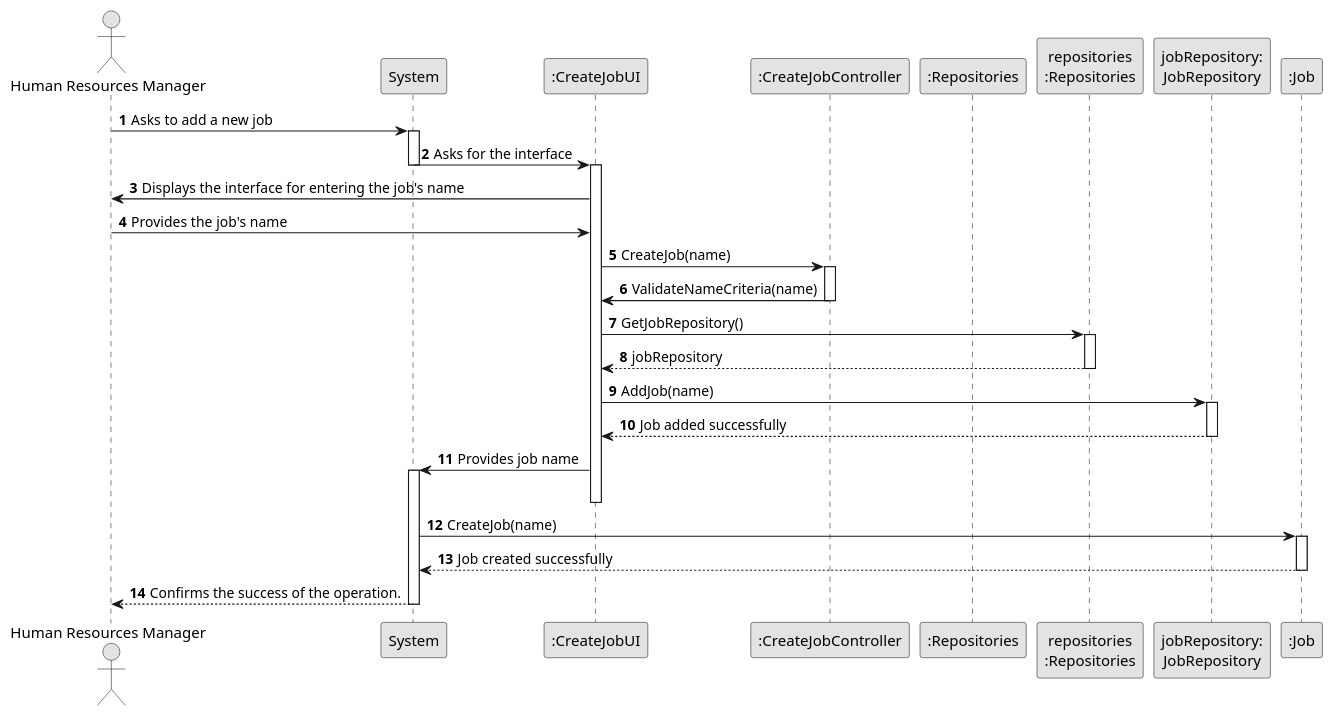
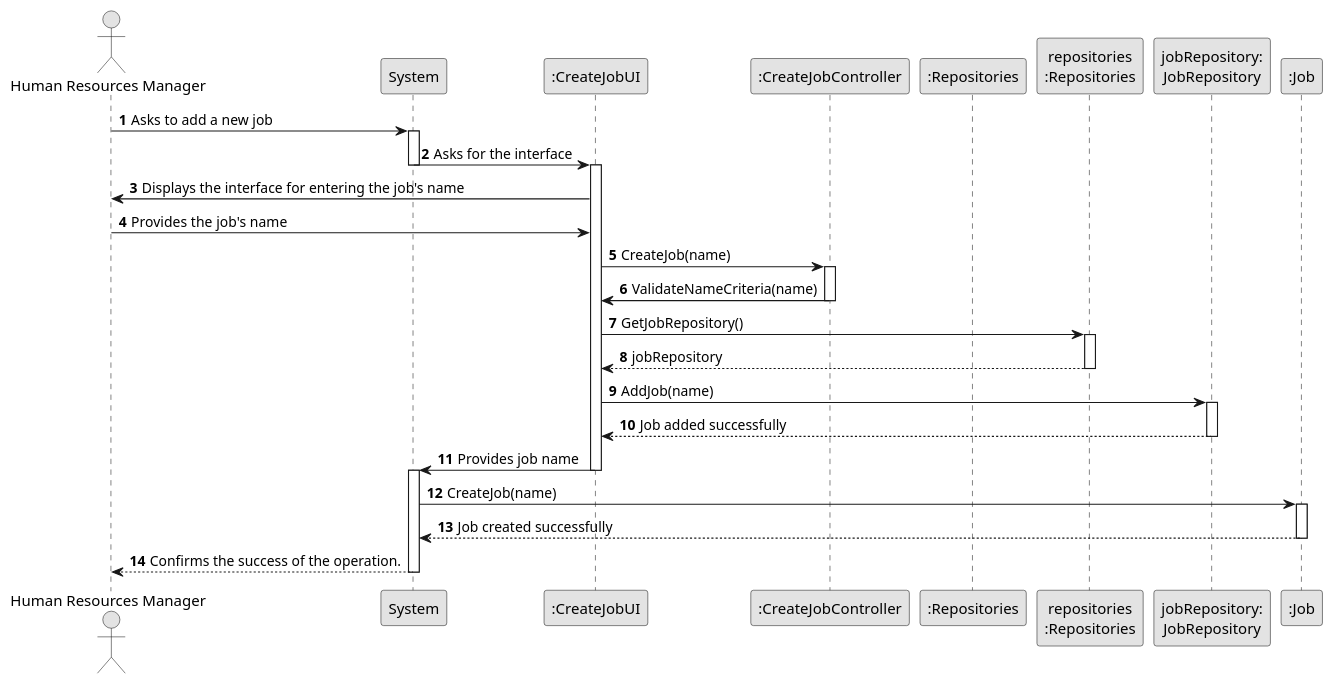
The diagram in docs/sprintB/us002/03.design/puml/us002-sequence-diagram-full.puml (SAEmanuel/Green_Spaces_Management_ISEP), drawn with PlantUML before and after one commit. The commit also changed other lines of this file, not shown here.

Commit message:
US2 - design full diagram: v5

```diff
--- a/docs/sprintB/us002/03.design/puml/us002-sequence-diagram-full.puml
+++ b/docs/sprintB/us002/03.design/puml/us002-sequence-diagram-full.puml
@@ -1,57 +1,57 @@
 @startuml
 skinparam monochrome true
 skinparam packageStyle rectangle
 skinparam shadowing false
 
 autonumber
 
 'hide footbox
 actor "Human Resources Manager" as HRM
 participant "System" as System
 participant ":CreateJobUI" as UI
 participant ":CreateJobController" as CTRL
 participant ":Repositories" as RepositorySingleton
 participant "repositories\n:Repositories" as PLAT
 participant "jobRepository:\nJobRepository" as jobRepository
 participant ":Job" as Job
 
 HRM -> System : Asks to add a new job
 activate System
 System -> UI : Asks for the interface
 deactivate "System"
 activate UI
 
 UI -> HRM : Displays the interface for entering the job's name
 HRM -> UI : Provides the job's name
 
 UI -> CTRL : CreateJob(name)
 activate CTRL
 
 CTRL -> UI : ValidateNameCriteria(name)
 deactivate CTRL
 
 UI -> PLAT : GetJobRepository()
 activate PLAT
 
 PLAT --> UI : jobRepository
 deactivate PLAT
 
 UI -> jobRepository : AddJob(name)
 activate jobRepository
 
 jobRepository --> UI : Job added successfully
 deactivate jobRepository
 UI -> System : Provides job name
+deactivate UI
 activate "System"
-deactivate UI
 
 System -> Job : CreateJob(name)
 activate Job
 
 Job --> System : Job created successfully
 deactivate Job
 
 System --> HRM : Confirms the success of the operation.
 deactivate System
 
 @enduml
```
